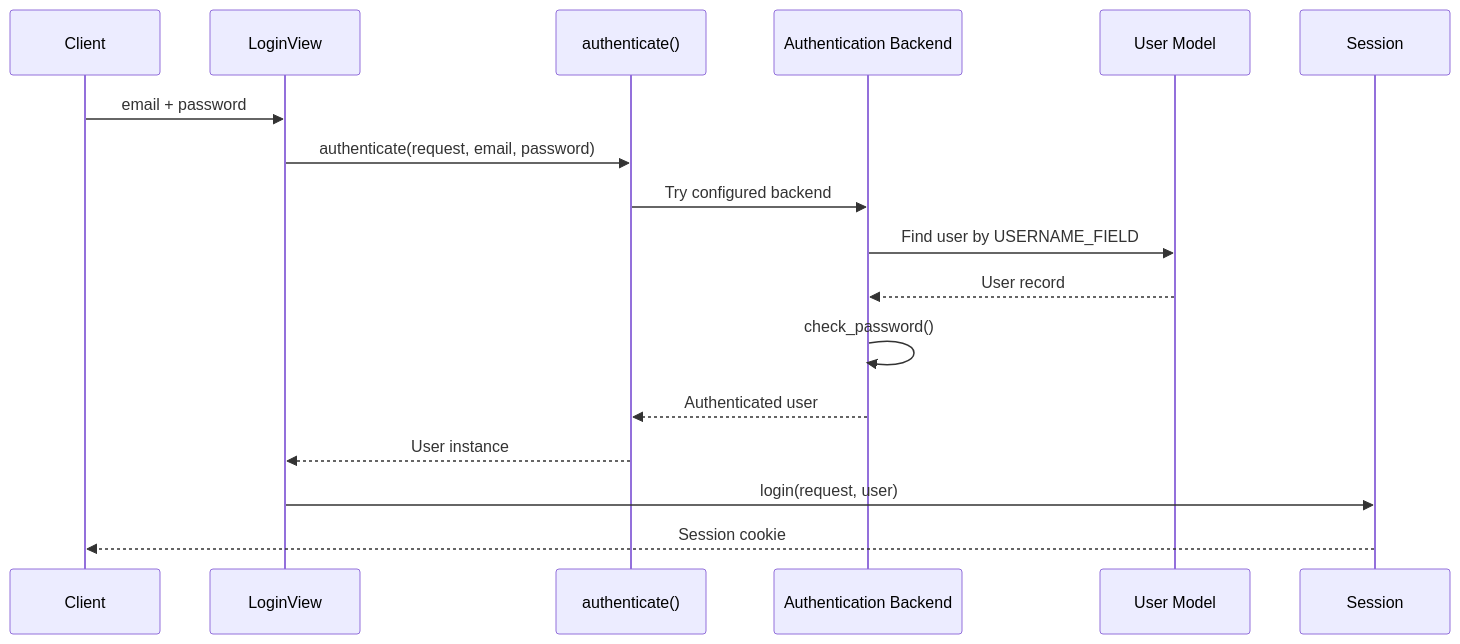
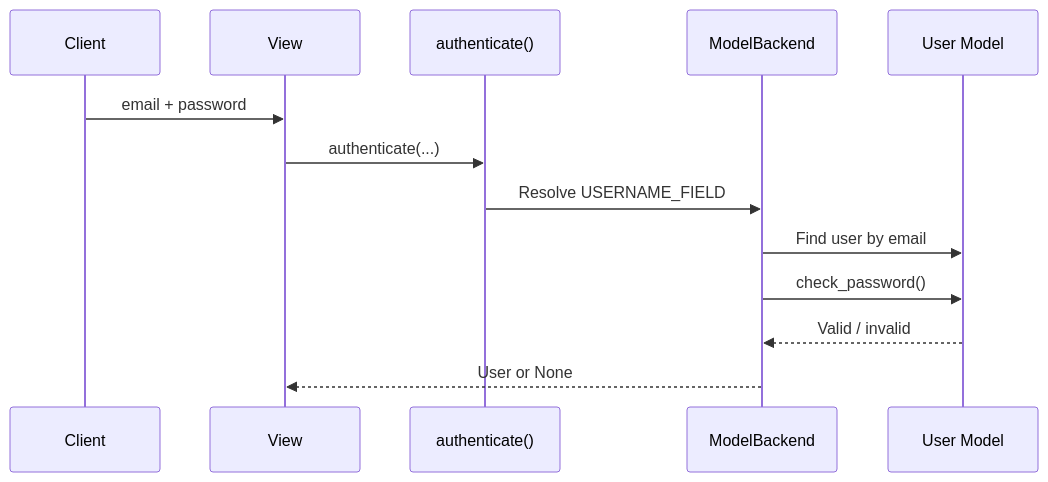
One commit to AvadhBhalodiya/Interview-Preparation changed the third of 4 diagrams in src/content/django/custom-user-model.md. Above: the diagram before and after it, drawn with Mermaid. The commit also changed other lines of this file and 80 other files, not shown here.

````diff
--- a/src/content/django/custom-user-model.md
+++ b/src/content/django/custom-user-model.md
@@ -549,20 +292,16 @@
 ```mermaid
 sequenceDiagram
     participant Client
-    participant LoginView
+    participant View
     participant Auth as authenticate()
-    participant Backend as Authentication Backend
-    participant UserDB as User Model
-    participant Session
+    participant Backend as ModelBackend
+    participant User as User Model
 
-    Client->>LoginView: email + password
-    LoginView->>Auth: authenticate(request, email, password)
-    Auth->>Backend: Try configured backend
-    Backend->>UserDB: Find user by USERNAME_FIELD
-    UserDB-->>Backend: User record
-    Backend->>Backend: check_password()
-    Backend-->>Auth: Authenticated user
-    Auth-->>LoginView: User instance
-    LoginView->>Session: login(request, user)
-    Session-->>Client: Session cookie
+    Client->>View: email + password
+    View->>Auth: authenticate(...)
+    Auth->>Backend: Resolve USERNAME_FIELD
+    Backend->>User: Find user by email
+    Backend->>User: check_password()
+    User-->>Backend: Valid / invalid
+    Backend-->>View: User or None
 ```
````
